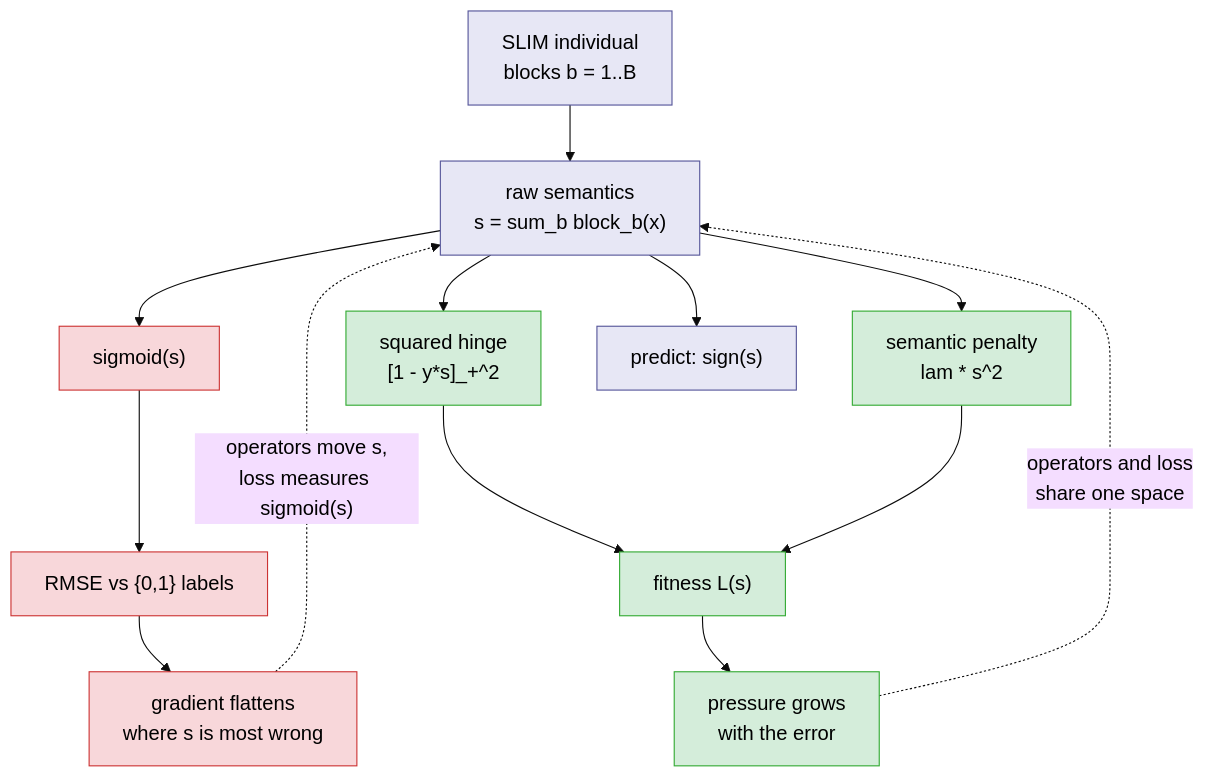
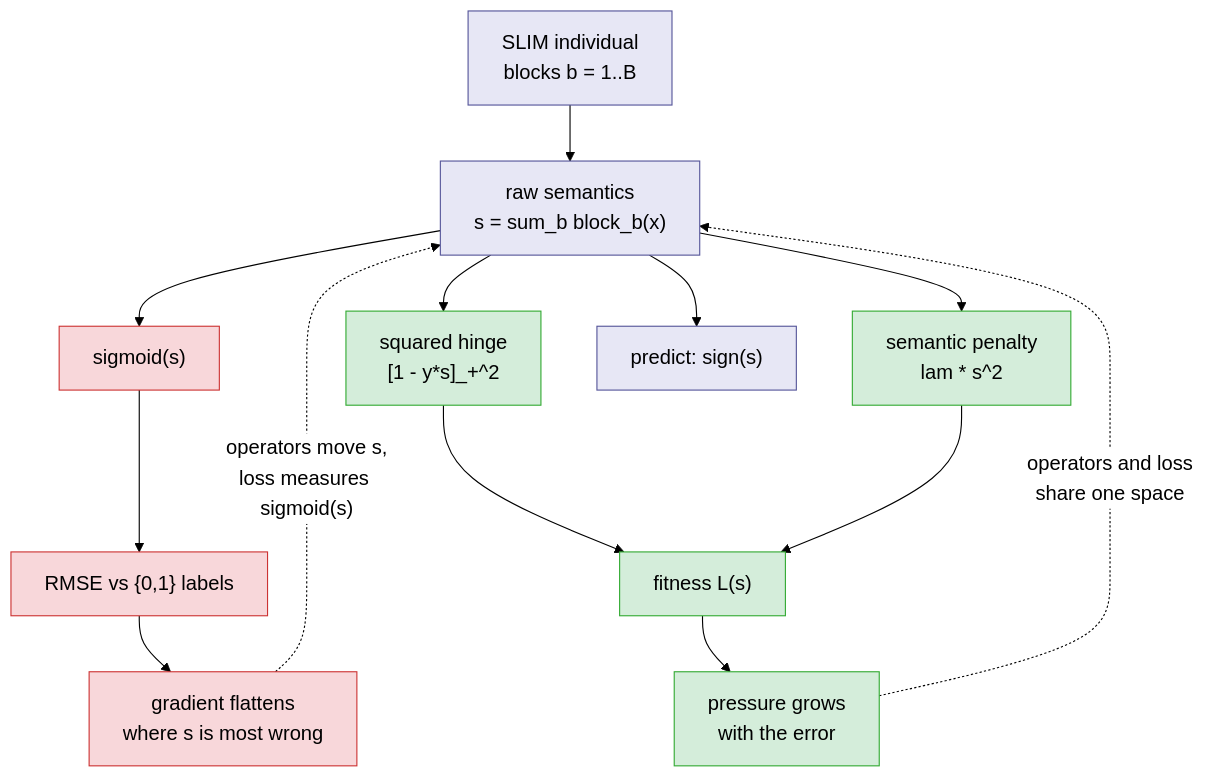
The first of 2 diagrams in README.md (Narden91/slim_v2), drawn with Mermaid before and after one commit. The commit also changed other lines of this file, not shown here.

Commit message:
docs: update mermaid diagram theme variables for improved clarity and consistency

````diff
--- a/README.md
+++ b/README.md
@@ -138,27 +138,27 @@
 ```mermaid
-%%{init: {'theme':'base', 'themeVariables': {'fontSize':'18px', 'primaryTextColor':'#000000', 'secondaryTextColor':'#000000', 'tertiaryTextColor':'#000000', 'textColor':'#000000'}}}%%
+%%{init: {'theme':'base', 'themeVariables': {'background':'#ffffff', 'fontSize':'18px', 'primaryTextColor':'#000000', 'secondaryTextColor':'#000000', 'tertiaryTextColor':'#000000', 'textColor':'#000000', 'lineColor':'#000000', 'primaryBorderColor':'#000000', 'secondaryBorderColor':'#000000', 'tertiaryBorderColor':'#000000', 'clusterBkg':'#ffffff', 'clusterBorder':'#000000', 'edgeLabelBackground':'#ffffff'}}}%%
 flowchart TD
     P["SLIM individual<br/>blocks b = 1..B"] --> S["raw semantics<br/>s = sum_b block_b(x)"]
 
     S --> SIG["sigmoid(s)"]
     SIG --> RMSE["RMSE vs {0,1} labels"]
     RMSE --> FLAT["gradient flattens<br/>where s is most wrong"]
 
     S --> HINGE["squared hinge<br/>[1 - y*s]_+^2"]
     S --> REG["semantic penalty<br/>lam * s^2"]
     HINGE --> L["fitness L(s)"]
     REG --> L
     L --> PRESSURE["pressure grows<br/>with the error"]
 
     S --> PRED["predict: sign(s)"]
 
     FLAT -.->|"operators move s,<br/>loss measures sigmoid(s)"| S
     PRESSURE -.->|"operators and loss<br/>share one space"| S
 
-    classDef old fill:#f8d7da,stroke:#c33
-    classDef new fill:#d4edda,stroke:#3a3
-    classDef core fill:#e7e7f5,stroke:#559
+    classDef old fill:#f8d7da,stroke:#c33,color:#000
+    classDef new fill:#d4edda,stroke:#3a3,color:#000
+    classDef core fill:#e7e7f5,stroke:#559,color:#000
     class SIG,RMSE,FLAT old
     class HINGE,REG,L,PRESSURE new
     class P,S,PRED core
 ```
````
